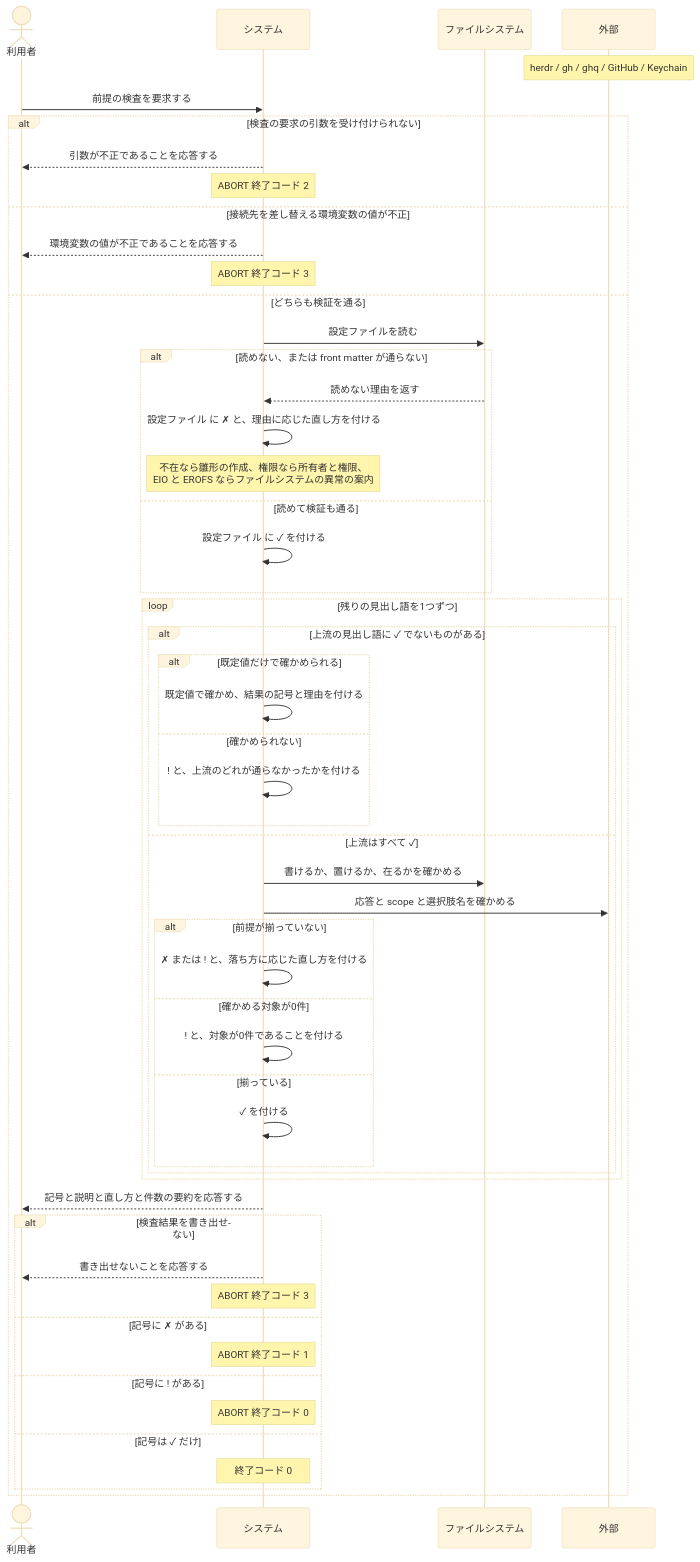
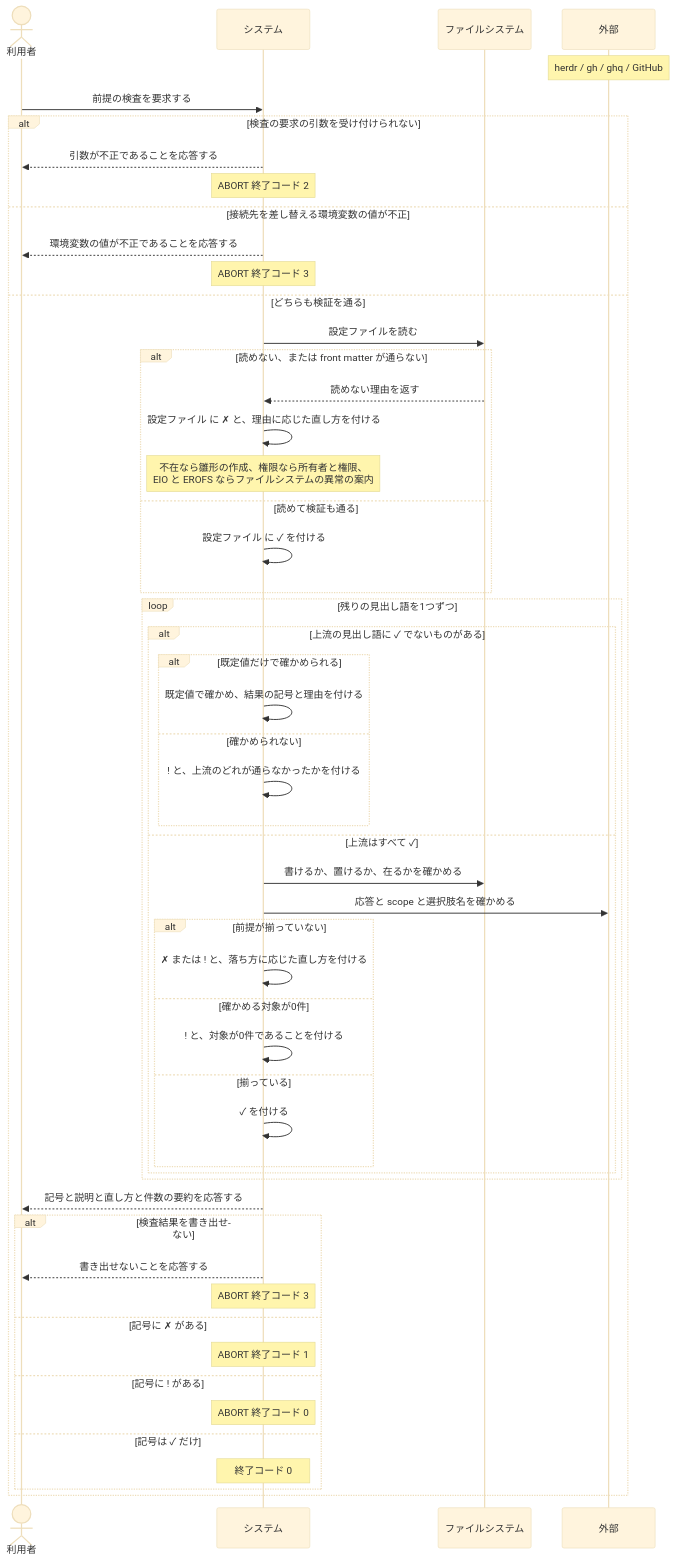
One commit to maimuzo/continuo changed the second of 2 diagrams in docs/spec/usecases/particular_case/前提が揃っているかを検査する.rucm.md. Above: the diagram before and after it, drawn with Mermaid (base theme). The commit also changed other lines of this file and 140 other files, not shown here.

````diff
--- a/docs/spec/usecases/particular_case/前提が揃っているかを検査する.rucm.md
+++ b/docs/spec/usecases/particular_case/前提が揃っているかを検査する.rucm.md
@@ -329,60 +329,60 @@
 ```mermaid
 sequenceDiagram
     actor 利用者
     participant システム
     participant ファイルシステム
     participant 外部
 
-    Note over 外部: herdr / gh / ghq / GitHub / Keychain
+    Note over 外部: herdr / gh / ghq / GitHub
 
     利用者->>システム: 前提の検査を要求する
 
     alt 検査の要求の引数を受け付けられない
         システム-->>利用者: 引数が不正であることを応答する
         Note over システム: ABORT 終了コード 2
     else 接続先を差し替える環境変数の値が不正
         システム-->>利用者: 環境変数の値が不正であることを応答する
         Note over システム: ABORT 終了コード 3
     else どちらも検証を通る
         システム->>ファイルシステム: 設定ファイルを読む
         alt 読めない、または front matter が通らない
             ファイルシステム-->>システム: 読めない理由を返す
             システム->>システム: 設定ファイル に ✗ と、理由に応じた直し方を付ける
             Note over システム: 不在なら雛形の作成、権限なら所有者と権限、<br/>EIO と EROFS ならファイルシステムの異常の案内
         else 読めて検証も通る
             システム->>システム: 設定ファイル に ✓ を付ける
         end
 
         loop 残りの見出し語を1つずつ
             alt 上流の見出し語に ✓ でないものがある
                 alt 既定値だけで確かめられる
                     システム->>システム: 既定値で確かめ、結果の記号と理由を付ける
                 else 確かめられない
                     システム->>システム: ! と、上流のどれが通らなかったかを付ける
                 end
             else 上流はすべて ✓
                 システム->>ファイルシステム: 書けるか、置けるか、在るかを確かめる
                 システム->>外部: 応答と scope と選択肢名を確かめる
                 alt 前提が揃っていない
                     システム->>システム: ✗ または ! と、落ち方に応じた直し方を付ける
                 else 確かめる対象が0件
                     システム->>システム: ! と、対象が0件であることを付ける
                 else 揃っている
                     システム->>システム: ✓ を付ける
                 end
             end
         end
 
         システム-->>利用者: 記号と説明と直し方と件数の要約を応答する
         alt 検査結果を書き出せない
             システム-->>利用者: 書き出せないことを応答する
             Note over システム: ABORT 終了コード 3
         else 記号に ✗ がある
             Note over システム: ABORT 終了コード 1
         else 記号に ! がある
             Note over システム: ABORT 終了コード 0
         else 記号は ✓ だけ
             Note over システム: 終了コード 0
         end
     end
 ```
````
